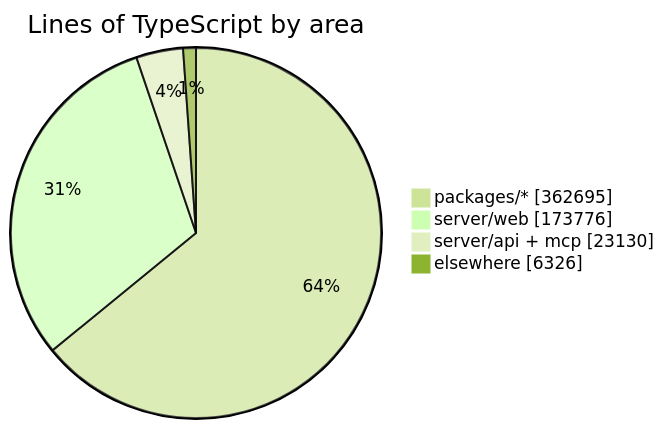
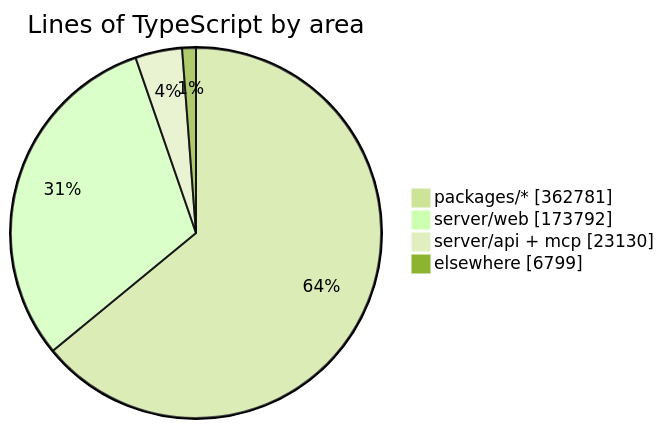
Before and after one commit to crossworks-engineering/mantle: the diagram in README.md, drawn with Mermaid (forest theme). The commit also changed other lines of this file and 2 other files, not shown here.

````diff
--- a/README.md
+++ b/README.md
@@ -294,7 +294,7 @@
 ```mermaid
 pie showData title Lines of TypeScript by area
-    "packages/*" : 362695
-    "server/web" : 173776
+    "packages/*" : 362781
+    "server/web" : 173792
     "server/api + mcp" : 23130
-    "elsewhere" : 6326
+    "elsewhere" : 6799
 ```
````
